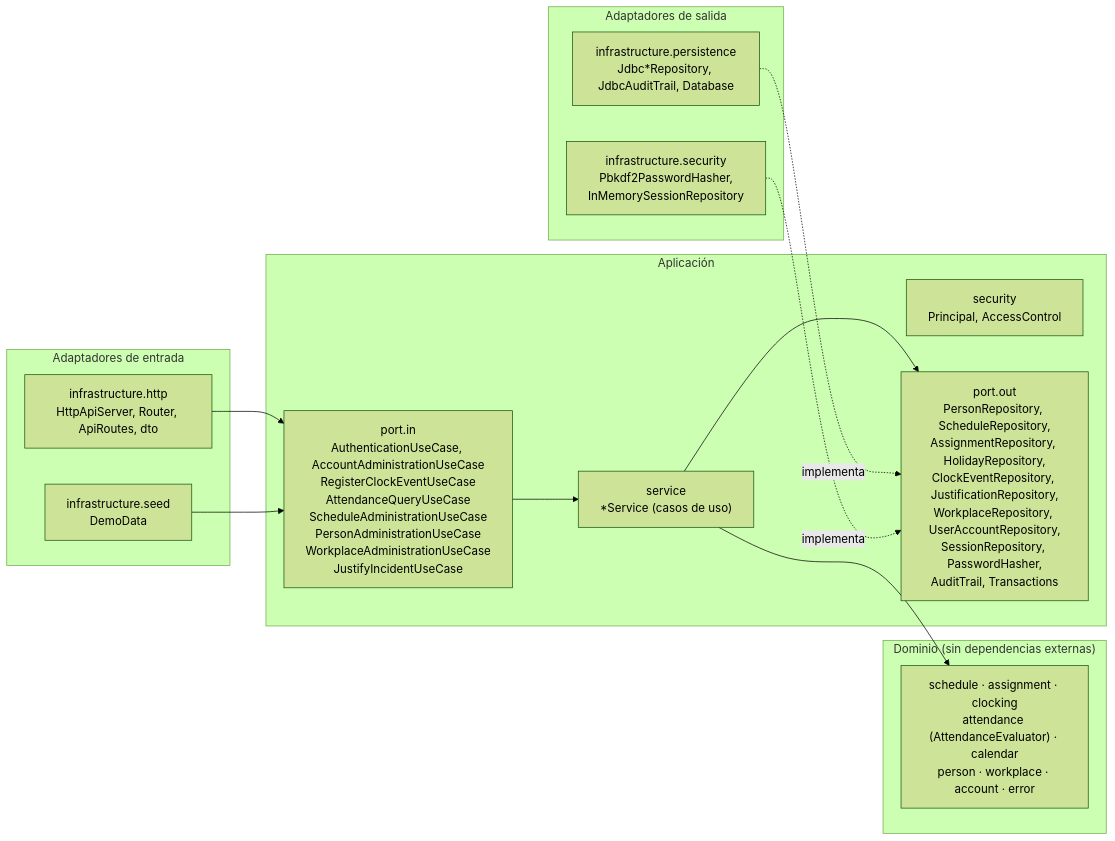
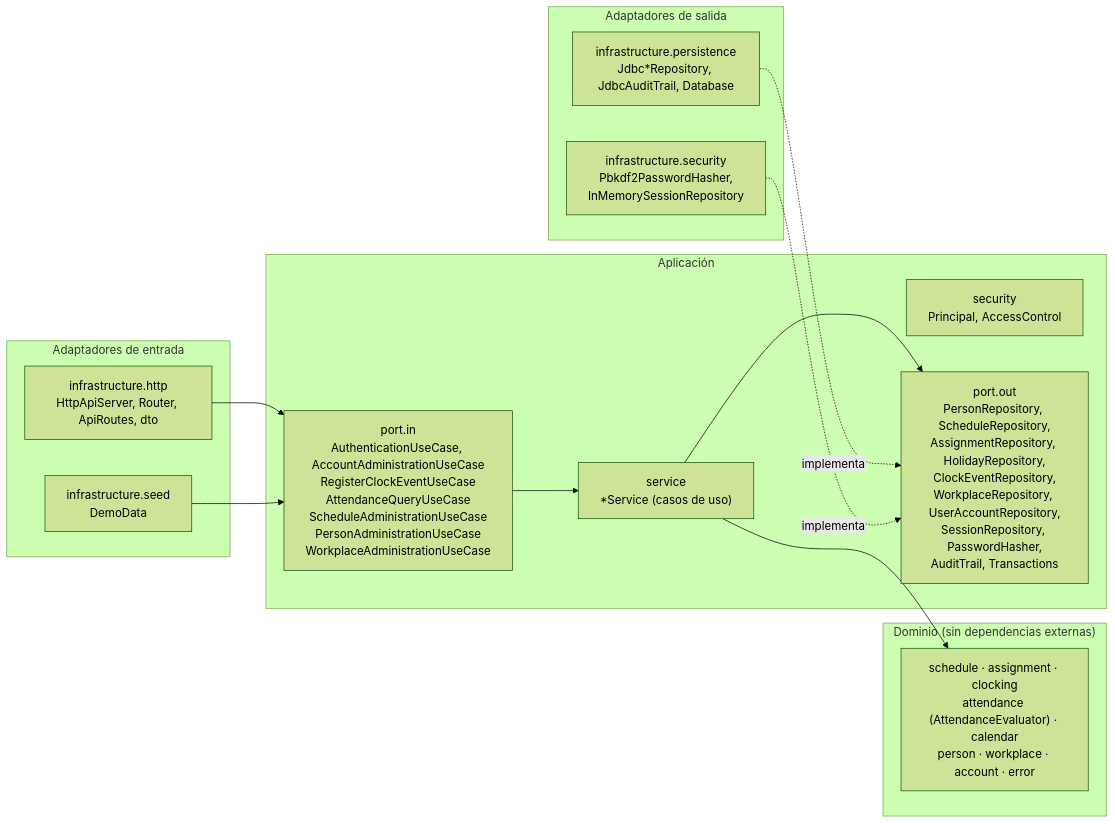
The second of 3 diagrams in README.md (Jiujitsu2816/Asistance-app), drawn with Mermaid (forest theme) before and after one commit. The commit also changed other lines of this file and 73 other files, not shown here.

````diff
--- a/README.md
+++ b/README.md
@@ -221,26 +224,26 @@
 ```mermaid
 flowchart LR
     subgraph IN["Adaptadores de entrada"]
         HTTP["infrastructure.http<br/>HttpApiServer, Router, ApiRoutes, dto"]
         SEED["infrastructure.seed<br/>DemoData"]
     end
     subgraph APP["Aplicación"]
-        PIN["port.in<br/>AuthenticationUseCase, AccountAdministrationUseCase<br/>RegisterClockEventUseCase<br/>AttendanceQueryUseCase<br/>ScheduleAdministrationUseCase<br/>PersonAdministrationUseCase<br/>WorkplaceAdministrationUseCase<br/>JustifyIncidentUseCase"]
+        PIN["port.in<br/>AuthenticationUseCase, AccountAdministrationUseCase<br/>RegisterClockEventUseCase<br/>AttendanceQueryUseCase<br/>ScheduleAdministrationUseCase<br/>PersonAdministrationUseCase<br/>WorkplaceAdministrationUseCase"]
         SEC["security<br/>Principal, AccessControl"]
         SVC["service<br/>*Service (casos de uso)"]
-        POUT["port.out<br/>PersonRepository, ScheduleRepository,<br/>AssignmentRepository, HolidayRepository,<br/>ClockEventRepository, JustificationRepository,<br/>WorkplaceRepository, UserAccountRepository,<br/>SessionRepository, PasswordHasher,<br/>AuditTrail, Transactions"]
+        POUT["port.out<br/>PersonRepository, ScheduleRepository,<br/>AssignmentRepository, HolidayRepository,<br/>ClockEventRepository,<br/>WorkplaceRepository, UserAccountRepository,<br/>SessionRepository, PasswordHasher,<br/>AuditTrail, Transactions"]
         PIN --> SVC --> POUT
     end
     subgraph DOM["Dominio (sin dependencias externas)"]
         D["schedule · assignment · clocking<br/>attendance (AttendanceEvaluator) · calendar<br/>person · workplace · account · error"]
     end
     subgraph OUT["Adaptadores de salida"]
         JDBC["infrastructure.persistence<br/>Jdbc*Repository, JdbcAuditTrail, Database"]
         SECA["infrastructure.security<br/>Pbkdf2PasswordHasher,<br/>InMemorySessionRepository"]
     end
     HTTP --> PIN
     SEED --> PIN
     SVC --> D
     JDBC -. implementa .-> POUT
     SECA -. implementa .-> POUT
 ```
````
